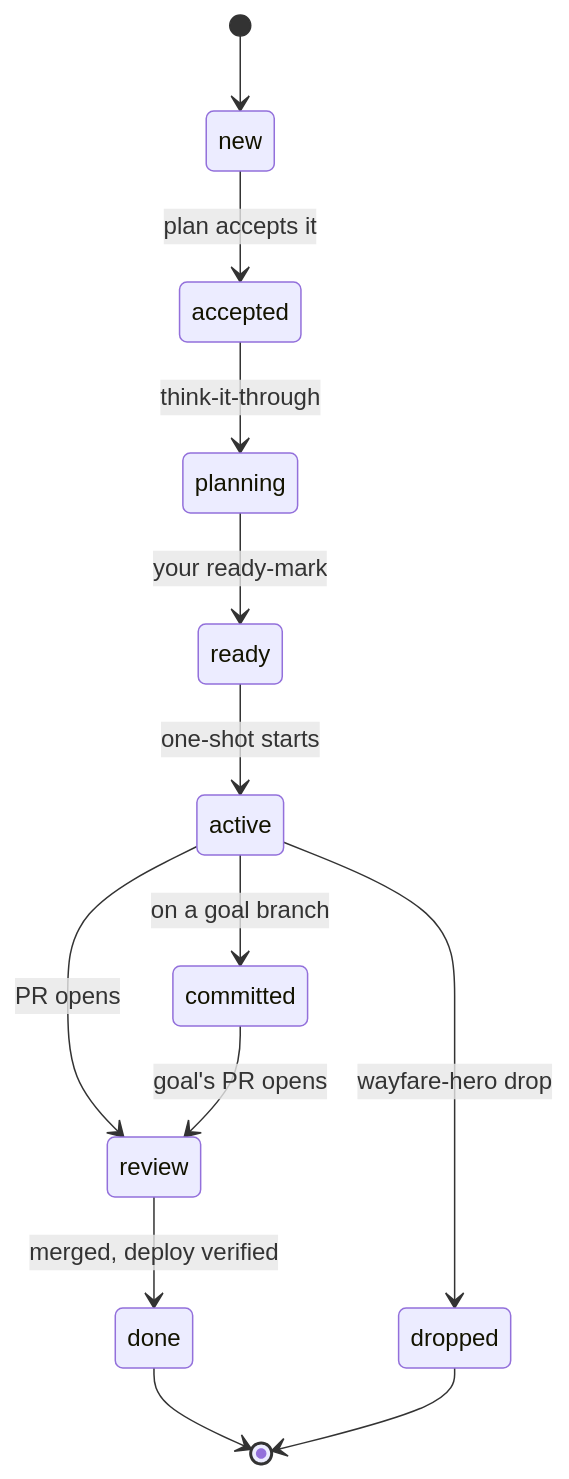
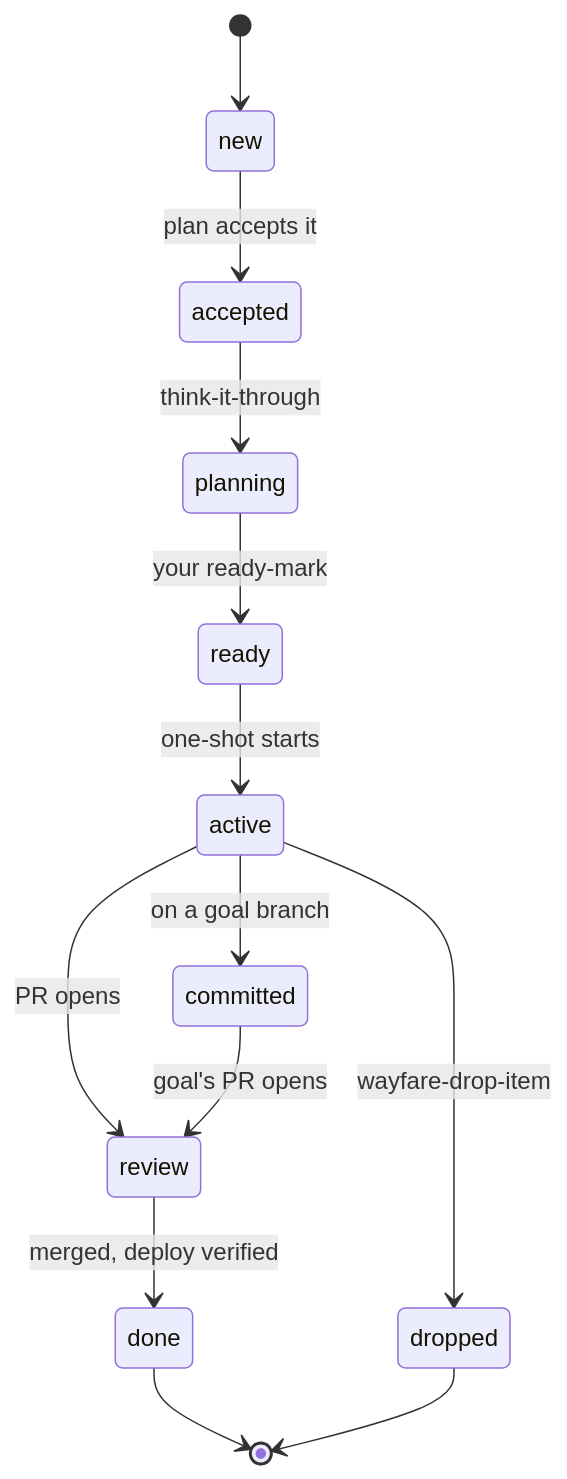
The second of 4 diagrams in README.md (ai-hero/hero-skills), drawn with Mermaid before and after one commit. The commit also changed other lines of this file and 57 other files, not shown here.

````diff
--- a/README.md
+++ b/README.md
@@ -100,15 +100,15 @@
 ```mermaid
 stateDiagram-v2
   [*] --> new
   new --> accepted: plan accepts it
   accepted --> planning: think-it-through
   planning --> ready: your ready-mark
   ready --> active: one-shot starts
   active --> committed: on a goal branch
   active --> review: PR opens
   committed --> review: goal's PR opens
   review --> done: merged, deploy verified
-  active --> dropped: wayfare-hero drop
+  active --> dropped: wayfare-drop-item
   done --> [*]
   dropped --> [*]
 ```
````
